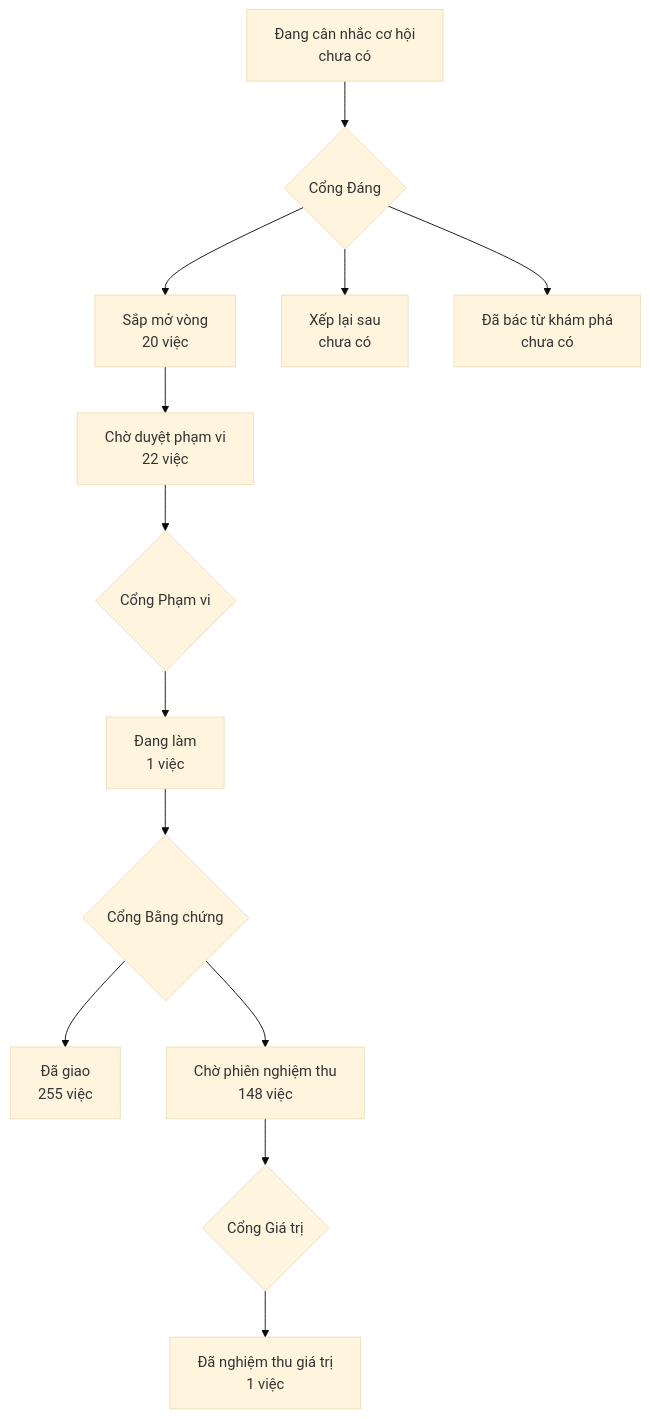
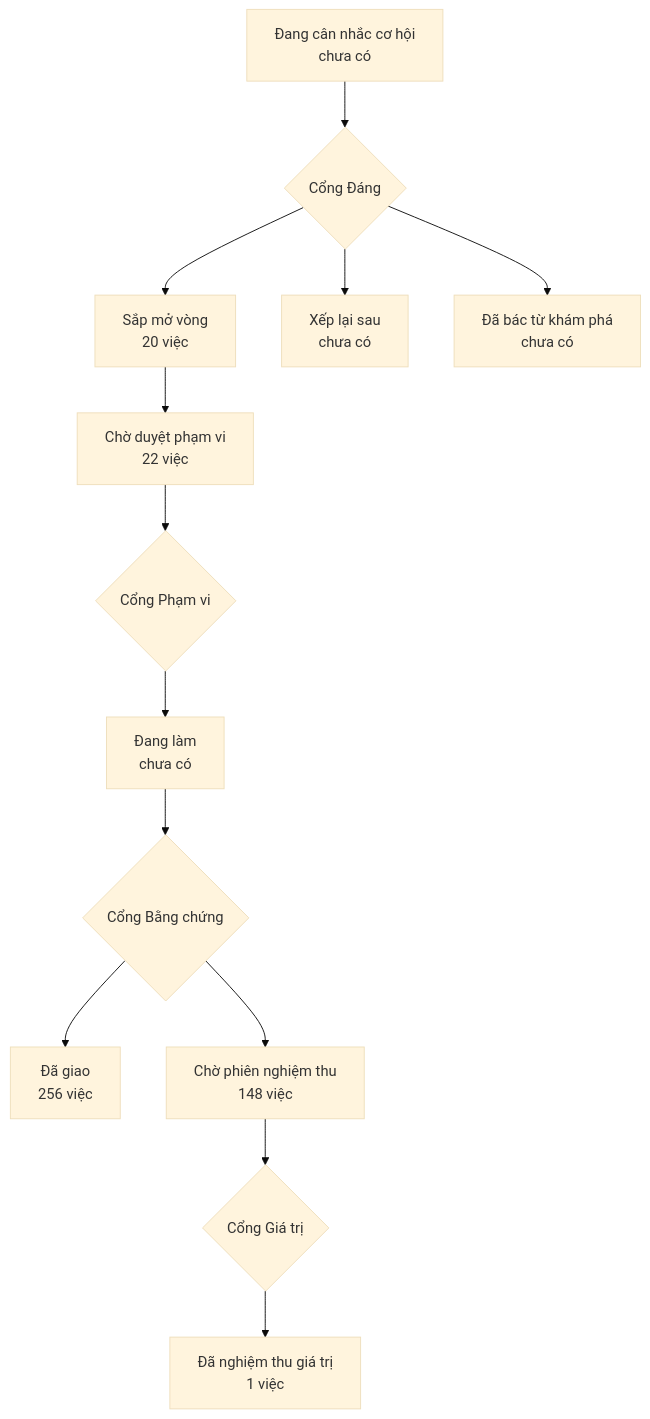
One commit to phanlemanh/onehub-invest changed the diagram in PRODUCT-MAP.md. Above: the diagram before and after it, drawn with Mermaid (base theme). The commit also changed other lines of this file and 4 other files, not shown here.

````diff
--- a/PRODUCT-MAP.md
+++ b/PRODUCT-MAP.md
@@ -7,12 +7,12 @@
 ```mermaid
 flowchart TD
   A["Đang cân nhắc cơ hội<br/>chưa có"] --> GD{"Cổng Đáng"}
   GD --> B["Sắp mở vòng<br/>20 việc"]
   GD --> XL["Xếp lại sau<br/>chưa có"]
   GD --> DB["Đã bác từ khám phá<br/>chưa có"]
   B --> CD["Chờ duyệt phạm vi<br/>22 việc"] --> GP{"Cổng Phạm vi"}
-  GP --> DL["Đang làm<br/>1 việc"] --> GB{"Cổng Bằng chứng"}
-  GB --> DG["Đã giao<br/>255 việc"]
+  GP --> DL["Đang làm<br/>chưa có"] --> GB{"Cổng Bằng chứng"}
+  GB --> DG["Đã giao<br/>256 việc"]
   GB --> CN["Chờ phiên nghiệm thu<br/>148 việc"] --> GG{"Cổng Giá trị"}
   GG --> NT["Đã nghiệm thu giá trị<br/>1 việc"]
 ```
````
